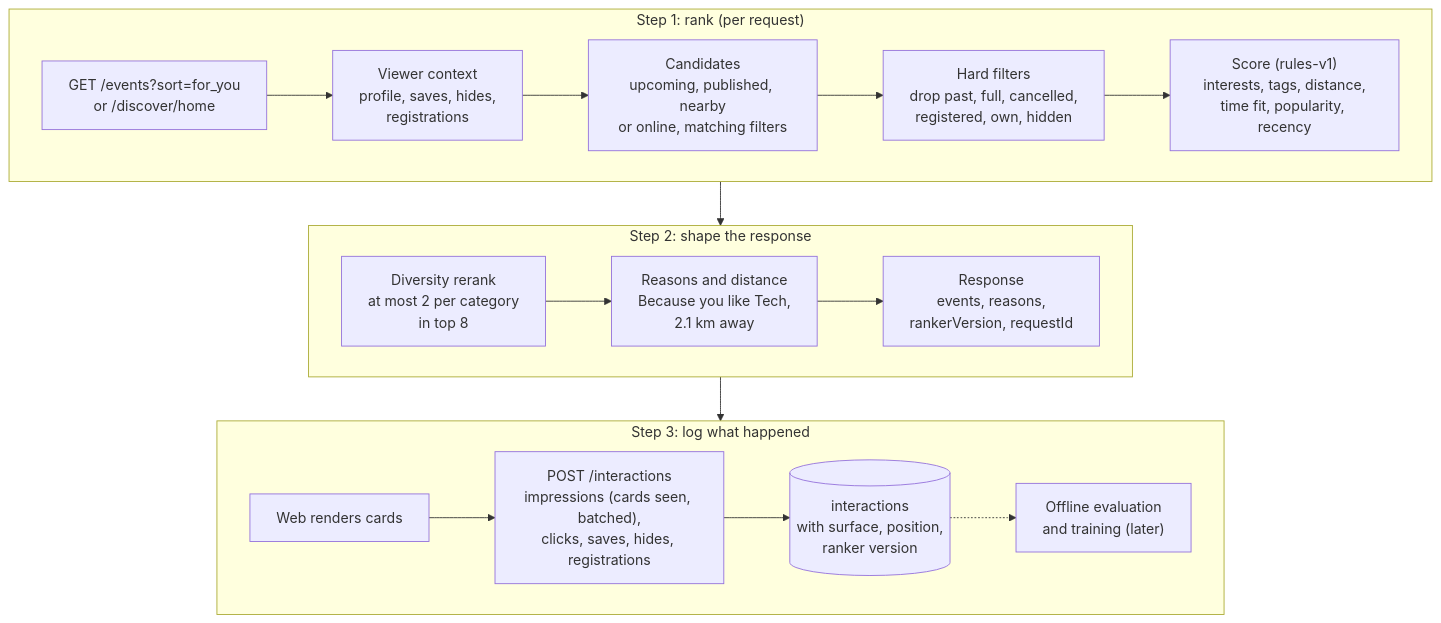
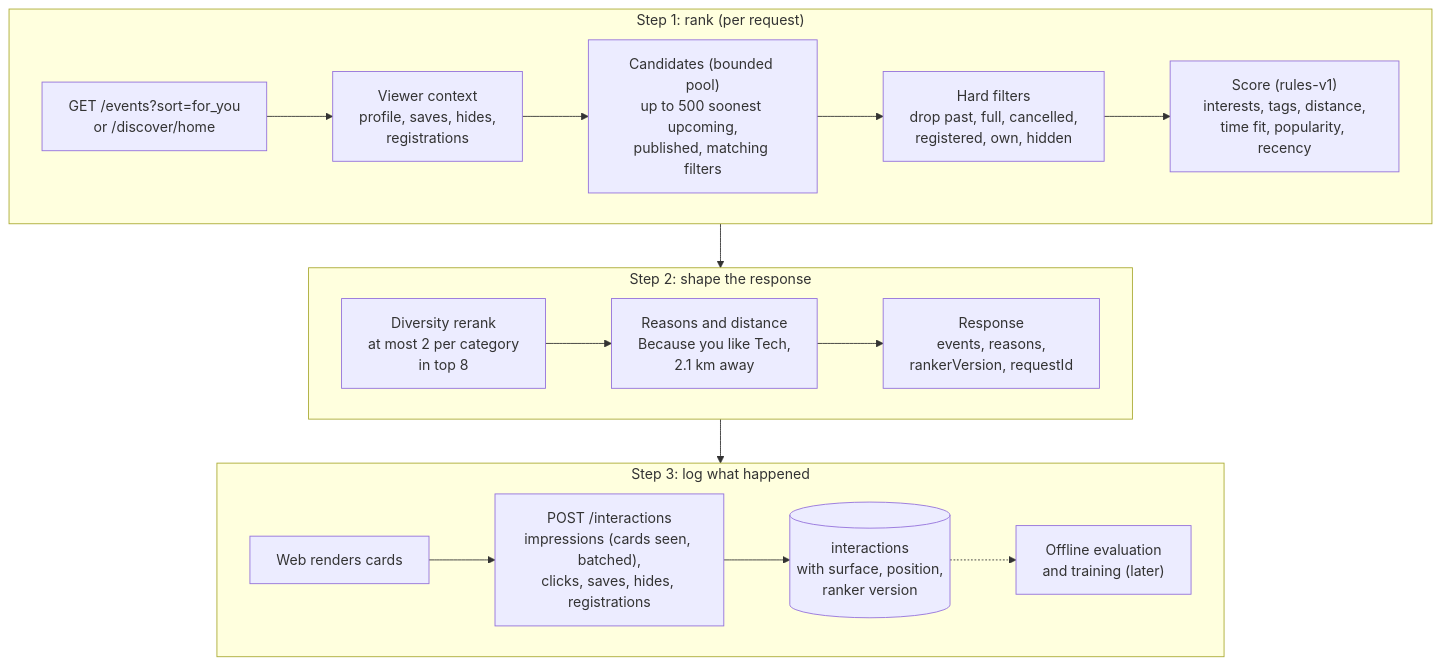
The sixth of 7 diagrams in docs/architecture.md (khanovico/gatherly), drawn with Mermaid before and after one commit. The commit also changed other lines of this file and 11 other files, not shown here.

````diff
--- a/docs/architecture.md
+++ b/docs/architecture.md
@@ -299,22 +321,22 @@
 ```mermaid
 flowchart TB
   subgraph rank["Step 1: rank (per request)"]
     direction LR
     req["GET /events?sort=for_you<br/>or /discover/home"] --> ctx["Viewer context<br/>profile, saves, hides,<br/>registrations"]
-    ctx --> cand["Candidates<br/>upcoming, published, nearby<br/>or online, matching filters"]
+    ctx --> cand["Candidates (bounded pool)<br/>up to 500 soonest upcoming,<br/>published, matching filters"]
     cand --> filt["Hard filters<br/>drop past, full, cancelled,<br/>registered, own, hidden"]
     filt --> score["Score (rules-v1)<br/>interests, tags, distance,<br/>time fit, popularity, recency"]
   end
   subgraph shape["Step 2: shape the response"]
     direction LR
     div["Diversity rerank<br/>at most 2 per category<br/>in top 8"] --> why["Reasons and distance<br/>Because you like Tech,<br/>2.1 km away"]
     why --> resp["Response<br/>events, reasons,<br/>rankerVersion, requestId"]
   end
   subgraph learn["Step 3: log what happened"]
     direction LR
     web["Web renders cards"] --> log["POST /interactions<br/>impressions (cards seen, batched),<br/>clicks, saves, hides, registrations"]
     log --> store[("interactions<br/>with surface, position,<br/>ranker version")]
     store -.-> train["Offline evaluation<br/>and training (later)"]
   end
   rank --> shape --> learn
 ```
````
